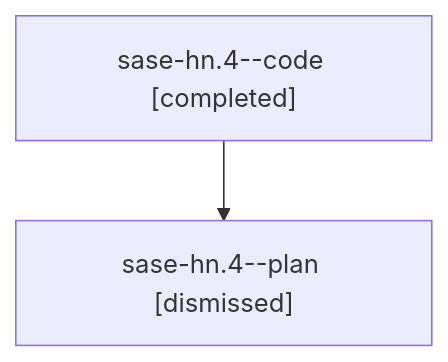
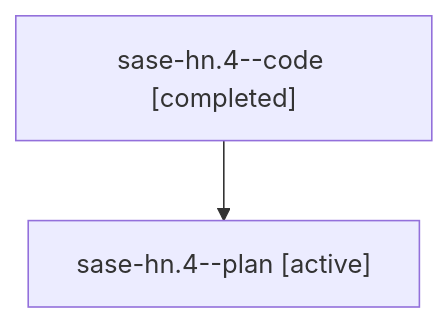
One commit to sase-org/sase--agents changed the diagram in families/bbugyi200.athena.sase-hn.4.md. Above: the diagram before and after it, drawn with Mermaid. The commit also changed other lines of this file and 35830 other files, not shown here.

````diff
--- a/families/bbugyi200.athena.sase-hn.4.md
+++ b/families/bbugyi200.athena.sase-hn.4.md
@@ -9,6 +9,6 @@
 ```mermaid
 flowchart TD
   n0["sase-hn.4--code [completed]"]
-  n1["sase-hn.4--plan [dismissed]"]
+  n1["sase-hn.4--plan [active]"]
   n0 --> n1
 ```
````
